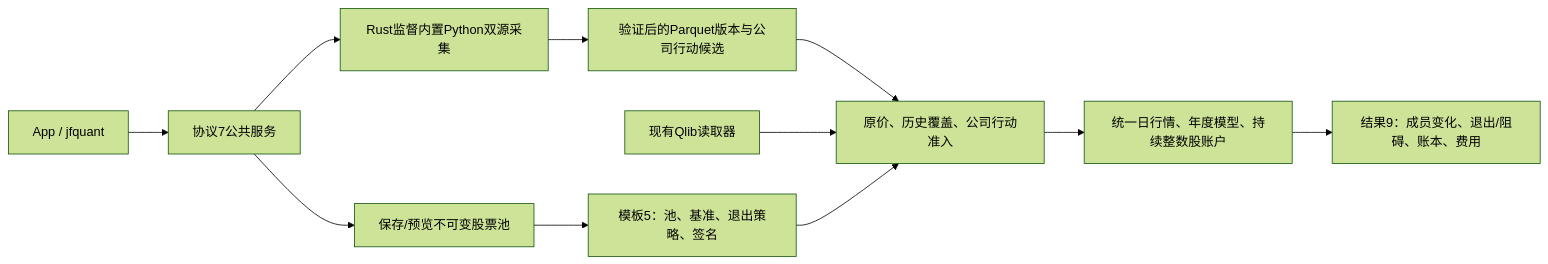
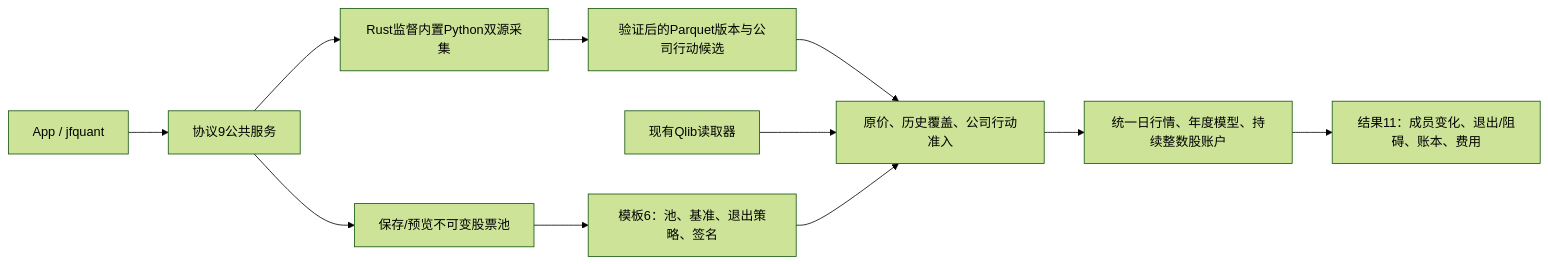
The second of 4 diagrams in crates/ml/src/README.md (Dennishaha/JFQuant), drawn with Mermaid (forest theme) before and after one commit. The commit also changed other lines of this file and 71 other files, not shown here.

````diff
--- a/crates/ml/src/README.md
+++ b/crates/ml/src/README.md
@@ -57,13 +57,13 @@
 ```mermaid
 flowchart LR
-  CLIENT["App / jfquant"] --> SERVICE["协议7公共服务"]
+  CLIENT["App / jfquant"] --> SERVICE["协议9公共服务"]
   SERVICE --> POOL["保存/预览不可变股票池"]
   SERVICE --> COLLECT["Rust监督内置Python双源采集"]
   COLLECT --> SNAPSHOT["验证后的Parquet版本与公司行动候选"]
-  POOL --> FREEZE["模板5：池、基准、退出策略、签名"]
+  POOL --> FREEZE["模板6：池、基准、退出策略、签名"]
   SNAPSHOT --> READY["原价、历史覆盖、公司行动准入"]
   QLIB["现有Qlib读取器"] --> READY
   FREEZE --> READY
   READY --> RESEARCH["统一日行情、年度模型、持续整数股账户"]
-  RESEARCH --> RESULT["结果9：成员变化、退出/阻碍、账本、费用"]
+  RESEARCH --> RESULT["结果11：成员变化、退出/阻碍、账本、费用"]
 ```
````
